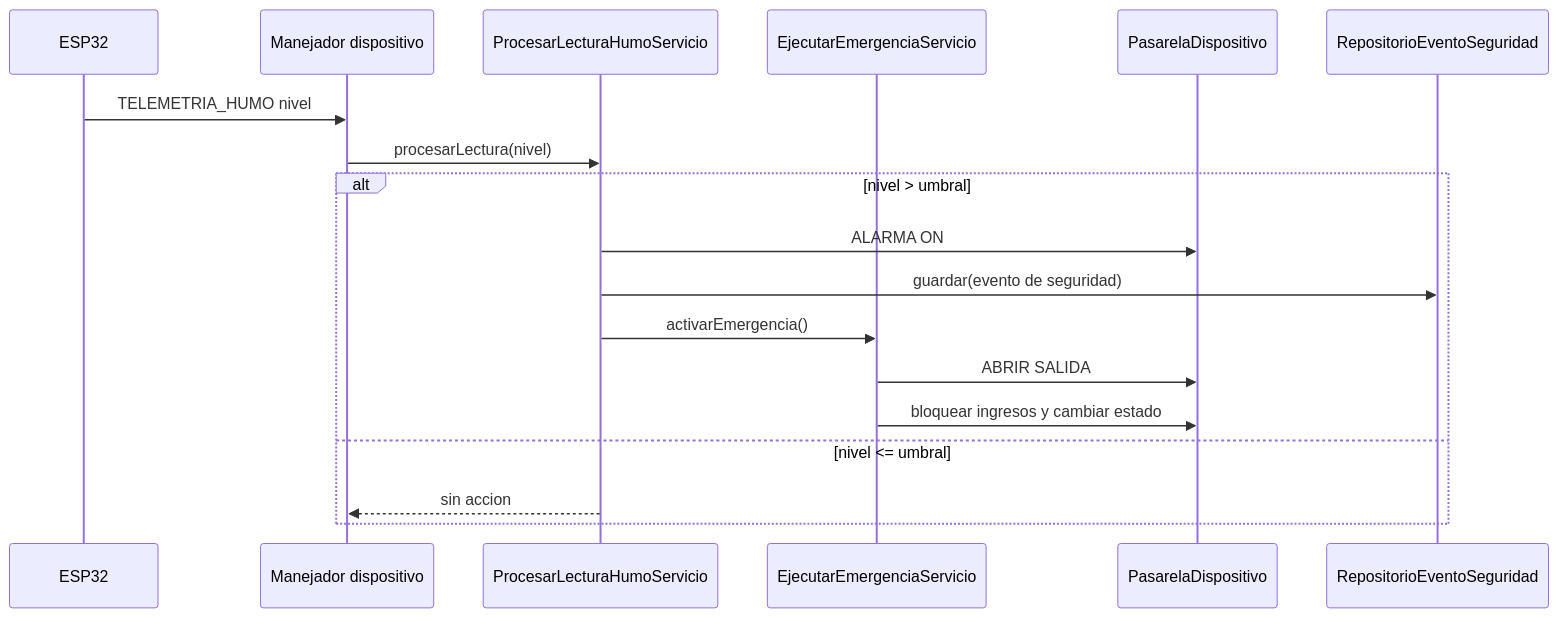
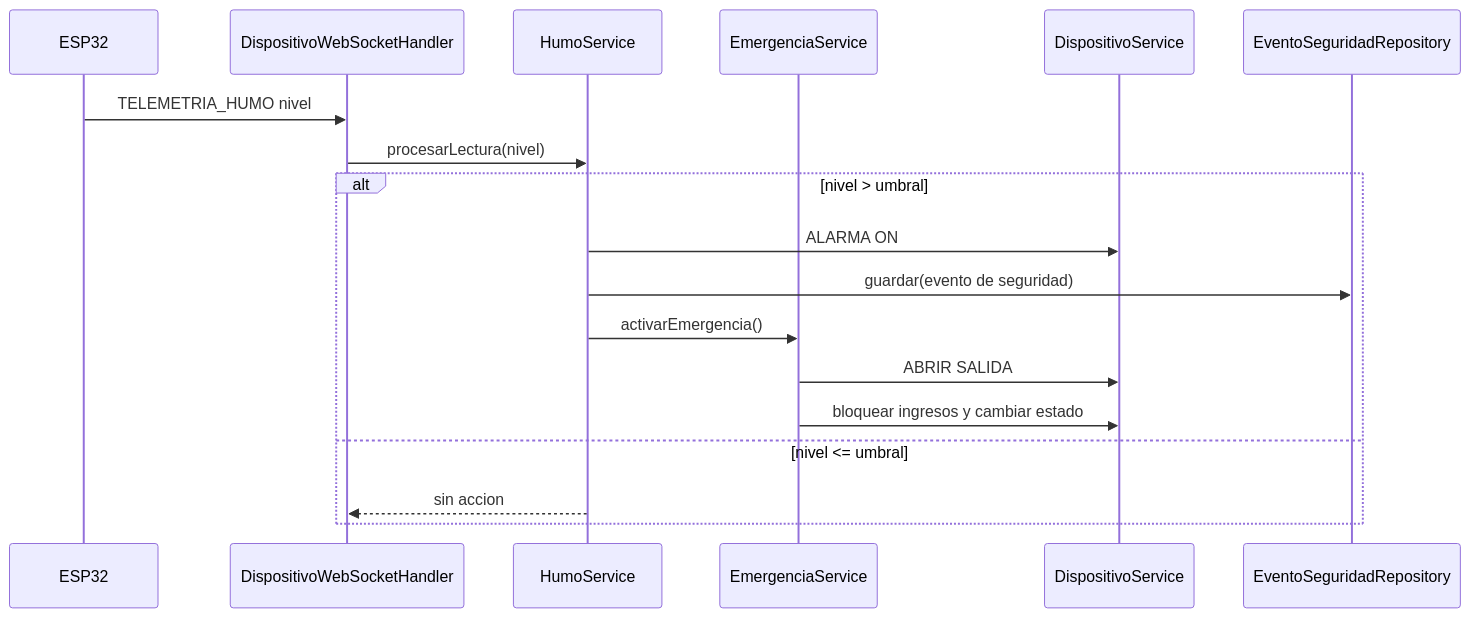
Diagram 13 of 13 in docs/especificacion_tecnica_smart_parking.md (ElFernanduz/SmartParking), drawn with Mermaid before and after one commit. The commit also changed other lines of this file and 263 other files, not shown here.

````diff
--- a/docs/especificacion_tecnica_smart_parking.md
+++ b/docs/especificacion_tecnica_smart_parking.md
@@ -1099,21 +1241,21 @@
 ```mermaid
 sequenceDiagram
     participant ES as ESP32
-    participant MD as Manejador dispositivo
-    participant UC as ProcesarLecturaHumoServicio
-    participant EM as EjecutarEmergenciaServicio
-    participant PD as PasarelaDispositivo
-    participant SE as RepositorioEventoSeguridad
+    participant MD as DispositivoWebSocketHandler
+    participant UC as HumoService
+    participant EM as EmergenciaService
+    participant PD as DispositivoService
+    participant SE as EventoSeguridadRepository
 
     ES->>MD: TELEMETRIA_HUMO nivel
     MD->>UC: procesarLectura(nivel)
     alt nivel > umbral
         UC->>PD: ALARMA ON
         UC->>SE: guardar(evento de seguridad)
         UC->>EM: activarEmergencia()
         EM->>PD: ABRIR SALIDA
         EM->>PD: bloquear ingresos y cambiar estado
     else nivel <= umbral
         UC-->>MD: sin accion
     end
 ```
````
